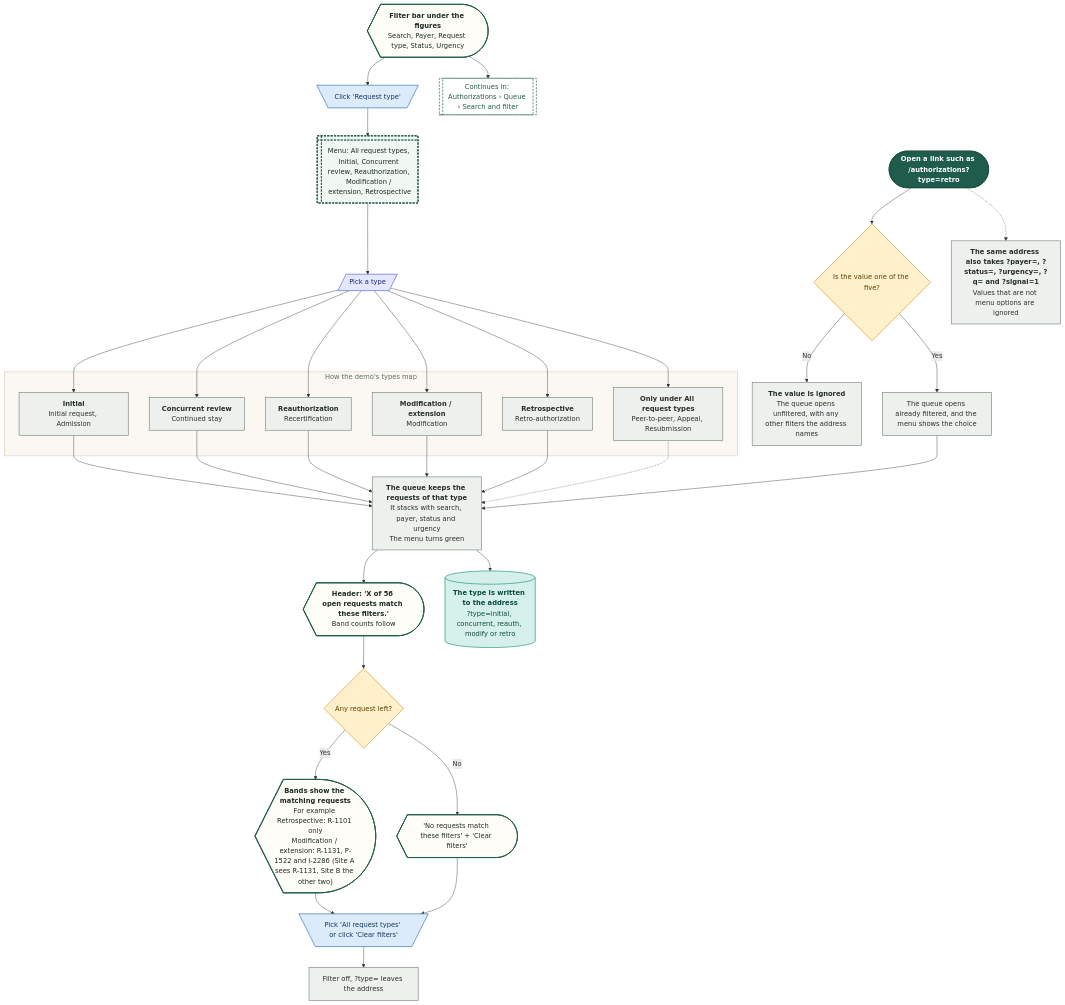
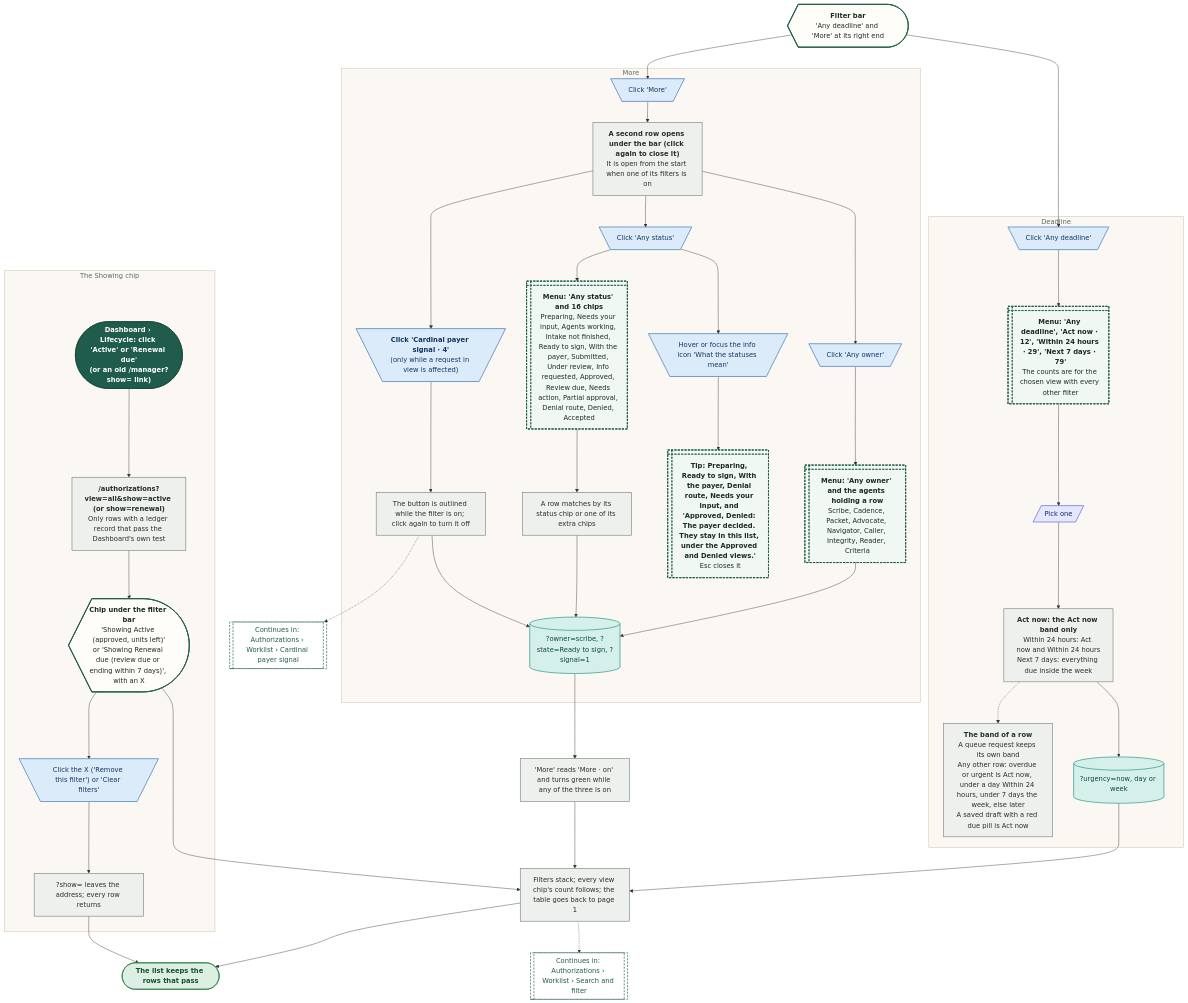
Before and after one commit to Shrav143/psyfloapp: the eighth of 38 diagrams in demos/prior-auth-demo/workflows/out/md/03-authorizations.md, drawn with Mermaid. The commit also changed other lines of this file and 113 other files, not shown here.

First line of the commit message:
docs: workflow diagrams for the merged Authorizations (worklist, approved, reviews and tracked cases, sidebar arrow), every link retargeted, 336 diagrams

````diff
--- a/demos/prior-auth-demo/workflows/out/md/03-authorizations.md
+++ b/demos/prior-auth-demo/workflows/out/md/03-authorizations.md
@@ -575,75 +658,80 @@
 ```mermaid
 %%{init: {"theme":"base","themeVariables":{"fontFamily":"'DM Sans', 'Segoe UI', system-ui, sans-serif","fontSize":"15px","lineColor":"#5B6B63","primaryTextColor":"#1C2B25","clusterBkg":"#FBF8F3","clusterBorder":"#D9CDBB","edgeLabelBackground":"#FFFFFF"},"flowchart":{"curve":"basis","nodeSpacing":36,"rankSpacing":48,"padding":12,"htmlLabels":true,"useMaxWidth":false,"wrappingWidth":230}} }%%
 flowchart TD
   classDef k_start fill:#1F5C4B,stroke:#174638,color:#FFFFFF,stroke-width:1.5px,font-weight:600
   classDef k_end fill:#DDEFE3,stroke:#2E7D4F,color:#14502F,stroke-width:1.5px,font-weight:600
   classDef k_endx fill:#FBE3E0,stroke:#C0392B,color:#7A1F16,stroke-width:1.5px,font-weight:600
   classDef k_screen fill:#FFFDF8,stroke:#1F5C4B,color:#1C2B25,stroke-width:2px
   classDef k_overlay fill:#F1F7F3,stroke:#1F5C4B,color:#1C2B25,stroke-width:2px,stroke-dasharray:5 3
   classDef k_click fill:#DCEBFA,stroke:#2F6DB5,color:#12365F,stroke-width:1.5px
   classDef k_input fill:#E4E7FF,stroke:#4C5FD5,color:#1D2670,stroke-width:1.5px
   classDef k_process fill:#EEF0EE,stroke:#7A857F,color:#26302B,stroke-width:1.5px
   classDef k_agent fill:#EEE5FA,stroke:#7A4FC2,color:#341A63,stroke-width:1.5px
   classDef k_decision fill:#FFF0CC,stroke:#D9962B,color:#5C3B00,stroke-width:1.5px
   classDef k_store fill:#D5F0EA,stroke:#1C8E7B,color:#0B4A3F,stroke-width:1.5px
   classDef k_doc fill:#F6E9DC,stroke:#B07A4C,color:#4A2E14,stroke-width:1.5px
   classDef k_ext fill:#FFE6D2,stroke:#E07B39,color:#6B2F06,stroke-width:1.5px
   classDef k_wait fill:#E4E8EE,stroke:#6B7C93,color:#26303D,stroke-width:1.5px
   classDef k_toast fill:#FFF9DB,stroke:#C9A400,color:#5A4A00,stroke-width:1.5px
   classDef k_goto fill:#FFFFFF,stroke:#1F5C4B,color:#1F5C4B,stroke-width:1.5px,stroke-dasharray:5 3
-  fb@{ shape: curv-trap, label: "<b>Filter bar under the figures</b><br/>Search, Payer, Request type, Status, Urgency" }
-  c1@{ shape: trap-t, label: "Click 'Request type'" }
-  m1@{ shape: win-pane, label: "Menu: All request types, Initial, Concurrent review, Reauthorization, Modification / extension, Retrospective" }
-  i1@{ shape: lean-r, label: "Pick a type" }
-  subgraph gM ["How the demo's types map"]
-  k1@{ shape: rect, label: "<b>Initial</b><br/>Initial request, Admission" }
-  k2@{ shape: rect, label: "<b>Concurrent review</b><br/>Continued stay" }
-  k3@{ shape: rect, label: "<b>Reauthorization</b><br/>Recertification" }
-  k6@{ shape: rect, label: "<b>Modification / extension</b><br/>Modification" }
-  k4@{ shape: rect, label: "<b>Retrospective</b><br/>Retro-authorization" }
-  k5@{ shape: rect, label: "<b>Only under All request types</b><br/>Peer-to-peer, Appeal, Resubmission" }
+  fb@{ shape: curv-trap, label: "<b>Filter bar</b><br/>'Any deadline' and 'More' at its right end" }
+  subgraph gD ["Deadline"]
+  d1@{ shape: trap-t, label: "Click 'Any deadline'" }
+  d2@{ shape: win-pane, label: "<b>Menu: 'Any deadline', 'Act now · 12', 'Within 24 hours · 29', 'Next 7 days · 79'</b><br/>The counts are for the chosen view with every other filter" }
+  d3@{ shape: lean-r, label: "Pick one" }
+  d4@{ shape: rect, label: "<b>Act now: the Act now band only</b><br/>Within 24 hours: Act now and Within 24 hours<br/>Next 7 days: everything due inside the week" }
+  d5@{ shape: rect, label: "<b>The band of a row</b><br/>A queue request keeps its own band<br/>Any other row: overdue or urgent is Act now, under a day Within 24 hours, under 7 days the week, else later<br/>A saved draft with a red due pill is Act now" }
+  d6@{ shape: cyl, label: "?urgency=now, day or week" }
   end
-  ap@{ shape: rect, label: "<b>The queue keeps the requests of that type</b><br/>It stacks with search, payer, status and urgency<br/>The menu turns green" }
-  hd@{ shape: curv-trap, label: "<b>Header: 'X of 56 open requests match these filters.'</b><br/>Band counts follow" }
-  dAny@{ shape: diam, label: "Any request left?" }
-  res@{ shape: curv-trap, label: "<b>Bands show the matching requests</b><br/>For example Retrospective: R-1101 only<br/>Modification / extension: R-1131, P-1522 and I-2286 (Site A sees R-1131, Site B the other two)" }
-  emp@{ shape: curv-trap, label: "'No requests match these filters' + 'Clear filters'" }
-  addr@{ shape: cyl, label: "<b>The type is written to the address</b><br/>?type=initial, concurrent, reauth, modify or retro" }
-  all@{ shape: trap-t, label: "Pick 'All request types' or click 'Clear filters'" }
-  clr@{ shape: rect, label: "Filter off, ?type= leaves the address" }
-  s2@{ shape: stadium, label: "Open a link such as /authorizations?type=retro" }
-  dV@{ shape: diam, label: "Is the value one of the five?" }
-  ld@{ shape: rect, label: "The queue opens already filtered, and the menu shows the choice" }
-  ig@{ shape: rect, label: "<b>The value is ignored</b><br/>The queue opens unfiltered, with any other filters the address names" }
-  oth@{ shape: rect, label: "<b>The same address also takes ?payer=, ?status=, ?urgency=, ?q= and ?signal=1</b><br/>Values that are not menu options are ignored" }
-  g1@{ shape: subproc, label: "Continues in: Authorizations › Queue › Search and filter" }
-  fb --> c1 --> m1 --> i1
-  i1 --> k1 & k2 & k3 & k6 & k4 & k5
-  k1 --> ap
-  k2 --> ap
-  k3 --> ap
-  k6 --> ap
-  k4 --> ap
-  k5 -.-> ap
-  ap --> hd --> dAny
-  dAny -->|"Yes"| res
-  dAny -->|"No"| emp
-  ap --> addr
-  res --> all --> clr
-  emp --> all
-  s2 --> dV
-  dV -->|"Yes"| ld --> ap
-  dV -->|"No"| ig
-  s2 -.-> oth
-  fb --> g1
-  class fb,hd,res,emp k_screen
-  class c1,all k_click
-  class m1 k_overlay
-  class i1 k_input
-  class k1,k2,k3,k6,k4,k5,ap,clr,ld,ig,oth k_process
-  class dAny,dV k_decision
-  class addr k_store
-  class s2 k_start
-  class g1 k_goto
+  subgraph gM ["More"]
+  m1@{ shape: trap-t, label: "Click 'More'" }
+  m2@{ shape: rect, label: "<b>A second row opens under the bar (click again to close it)</b><br/>It is open from the start when one of its filters is on" }
+  o1@{ shape: trap-t, label: "Click 'Any owner'" }
+  o2@{ shape: win-pane, label: "<b>Menu: 'Any owner' and the agents holding a row</b><br/>Scribe, Cadence, Packet, Advocate, Navigator, Caller, Integrity, Reader, Criteria" }
+  s1@{ shape: trap-t, label: "Click 'Any status'" }
+  s2@{ shape: win-pane, label: "<b>Menu: 'Any status' and 16 chips</b><br/>Preparing, Needs your input, Agents working, Intake not finished, Ready to sign, With the payer, Submitted, Under review, Info requested, Approved, Review due, Needs action, Partial approval, Denial route, Denied, Accepted" }
+  s3@{ shape: rect, label: "A row matches by its status chip or one of its extra chips" }
+  sh@{ shape: trap-t, label: "Hover or focus the info icon 'What the statuses mean'" }
+  sh2@{ shape: win-pane, label: "<b>Tip: Preparing, Ready to sign, With the payer, Denial route, Needs your input, and 'Approved, Denied: The payer decided. They stay in this list, under the Approved and Denied views.'</b><br/>Esc closes it" }
+  g1@{ shape: trap-t, label: "<b>Click 'Cardinal payer signal · 4'</b><br/>(only while a request in view is affected)" }
+  g2@{ shape: rect, label: "The button is outlined while the filter is on; click again to turn it off" }
+  ms@{ shape: cyl, label: "?owner=scribe, ?state=Ready to sign, ?signal=1" }
+  end
+  subgraph gW ["The Showing chip"]
+  w0@{ shape: stadium, label: "<b>Dashboard › Lifecycle: click 'Active' or 'Renewal due'</b><br/>(or an old /manager?show= link)" }
+  w1@{ shape: rect, label: "<b>/authorizations?view=all&show=active (or show=renewal)</b><br/>Only rows with a ledger record that pass the Dashboard's own test" }
+  w2@{ shape: curv-trap, label: "<b>Chip under the filter bar</b><br/>'Showing Active (approved, units left)'<br/>or 'Showing Renewal due (review due or ending within 7 days)', with an X" }
+  w3@{ shape: trap-t, label: "Click the X ('Remove this filter') or 'Clear filters'" }
+  w4@{ shape: rect, label: "?show= leaves the address; every row returns" }
+  end
+  on@{ shape: rect, label: "'More' reads 'More · on' and turns green while any of the three is on" }
+  ap@{ shape: rect, label: "Filters stack; every view chip's count follows; the table goes back to page 1" }
+  gSig@{ shape: subproc, label: "Continues in: Authorizations › Worklist › Cardinal payer signal" }
+  gF@{ shape: subproc, label: "Continues in: Authorizations › Worklist › Search and filter" }
+  e1@{ shape: stadium, label: "The list keeps the rows that pass" }
+  fb --> d1 --> d2 --> d3 --> d4 --> d6 --> ap
+  d4 -.-> d5
+  fb --> m1 --> m2
+  m2 --> o1 --> o2 --> ms
+  m2 --> s1 --> s2 --> s3 --> ms
+  s1 --> sh --> sh2
+  m2 --> g1 --> g2 --> ms
+  g2 -.-> gSig
+  ms --> on --> ap
+  ap --> e1
+  ap -.-> gF
+  w0 --> w1 --> w2 --> ap
+  w2 --> w3 --> w4 --> e1
+  class fb,w2 k_screen
+  class d1,m1,o1,s1,sh,g1,w3 k_click
+  class d2,o2,s2,sh2 k_overlay
+  class d3 k_input
+  class d4,d5,m2,s3,g2,w1,w4,on,ap k_process
+  class d6,ms k_store
+  class w0 k_start
+  class gSig,gF k_goto
+  class e1 k_end
+  style gD fill:#FBF8F3,stroke:#D9CDBB,stroke-width:1.5px,color:#5B6B63
   style gM fill:#FBF8F3,stroke:#D9CDBB,stroke-width:1.5px,color:#5B6B63
+  style gW fill:#FBF8F3,stroke:#D9CDBB,stroke-width:1.5px,color:#5B6B63
 ```
````
